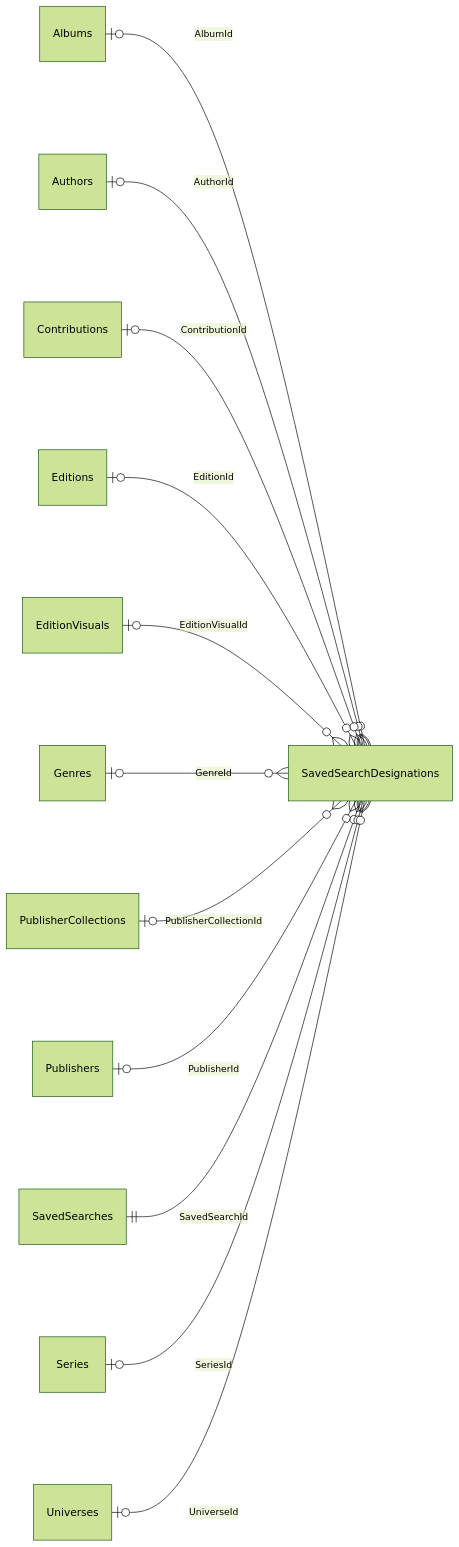
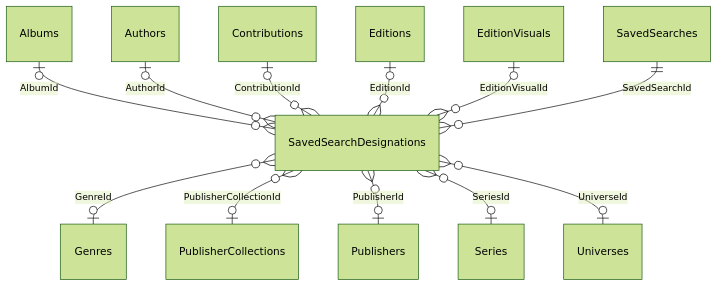
Before and after one commit to Tetram76/bdtheque-claude: the eighth of 9 diagrams in docs/tech/references/schema-de-la-base.md, drawn with Mermaid (forest theme). The commit also changed other lines of this file and 4 other files, not shown here.

First line of the commit message:
docs(schema-de-la-base): un schéma des relations par question, sans croisement (#683)

````diff
--- a/docs/tech/references/schema-de-la-base.md
+++ b/docs/tech/references/schema-de-la-base.md
@@ -73,15 +180,32 @@
 ```mermaid
+---
+config:
+  er:
+    nodeSpacing: 60
+    rankSpacing: 60
+---
 erDiagram
-    direction LR
+    SavedSearches
+    Albums
+    Authors
+    Contributions
+    Editions
+    EditionVisuals
+    SavedSearchDesignations
+    Genres
+    PublisherCollections
+    Publishers
+    Series
+    Universes
     Albums |o--o{ SavedSearchDesignations : "AlbumId"
     Authors |o--o{ SavedSearchDesignations : "AuthorId"
     Contributions |o--o{ SavedSearchDesignations : "ContributionId"
     Editions |o--o{ SavedSearchDesignations : "EditionId"
     EditionVisuals |o--o{ SavedSearchDesignations : "EditionVisualId"
-    Genres |o--o{ SavedSearchDesignations : "GenreId"
-    PublisherCollections |o--o{ SavedSearchDesignations : "PublisherCollectionId"
-    Publishers |o--o{ SavedSearchDesignations : "PublisherId"
+    SavedSearchDesignations }o--o| Genres : "GenreId"
+    SavedSearchDesignations }o--o| PublisherCollections : "PublisherCollectionId"
+    SavedSearchDesignations }o--o| Publishers : "PublisherId"
     SavedSearches ||--o{ SavedSearchDesignations : "SavedSearchId"
-    Series |o--o{ SavedSearchDesignations : "SeriesId"
-    Universes |o--o{ SavedSearchDesignations : "UniverseId"
+    SavedSearchDesignations }o--o| Series : "SeriesId"
+    SavedSearchDesignations }o--o| Universes : "UniverseId"
 ```
````
